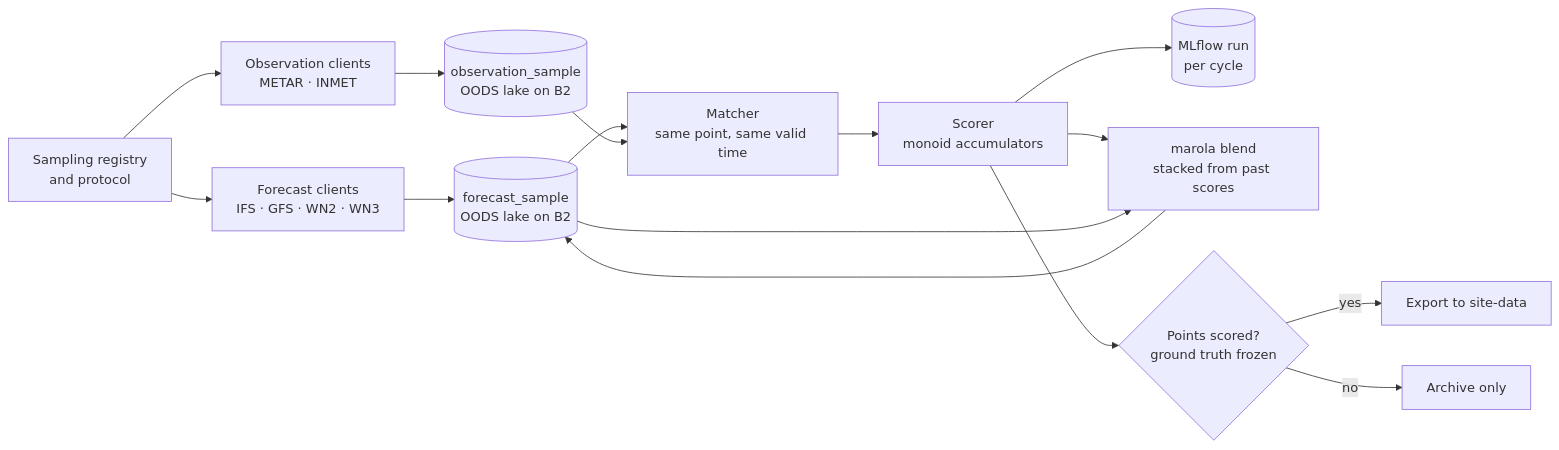
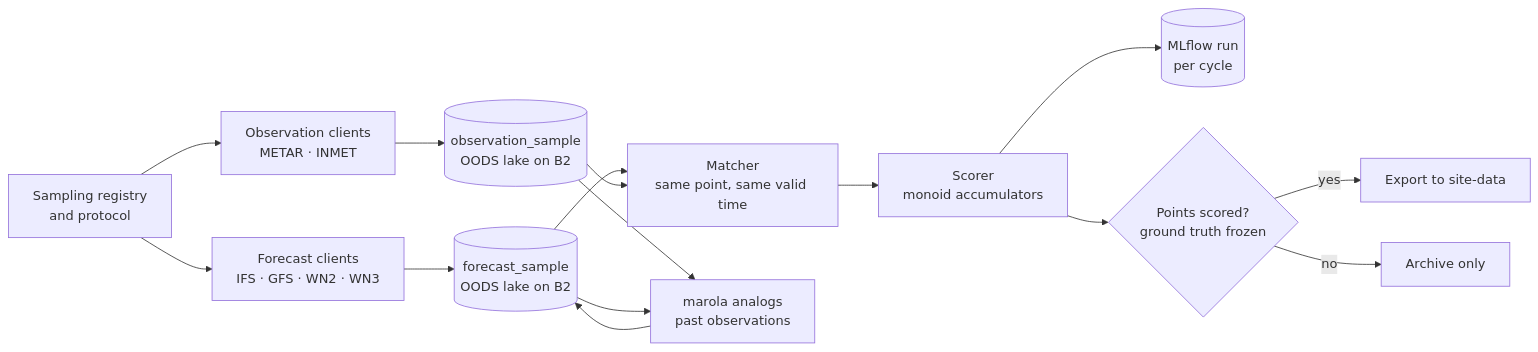
Before and after one commit to marola-dev/marola: the first of 2 diagrams in docs/MIPs/MIP-0083-forecast-benchmark-job.md, drawn with Mermaid. The commit also changed other lines of this file and 2 other files, not shown here.

First line of the commit message:
docs(mip-0083): marola's own forecast as an analog ensemble, not a blend

````diff
--- a/docs/MIPs/MIP-0083-forecast-benchmark-job.md
+++ b/docs/MIPs/MIP-0083-forecast-benchmark-job.md
@@ -185,17 +186,17 @@
 ```mermaid
 flowchart LR
   reg[Sampling registry<br/>and protocol] --> fc[Forecast clients<br/>IFS · GFS · WN2 · WN3]
   reg --> oc[Observation clients<br/>METAR · INMET]
   fc --> fs[(forecast_sample<br/>OODS lake on B2)]
   oc --> os[(observation_sample<br/>OODS lake on B2)]
   fs --> m[Matcher<br/>same point, same valid time]
   os --> m
   m --> sc[Scorer<br/>monoid accumulators]
   sc --> ml[(MLflow run<br/>per cycle)]
-  sc --> bl[marola blend<br/>stacked from past scores]
-  fs --> bl
-  bl --> fs
+  os --> an[marola analogs<br/>past observations]
+  fs --> an
+  an --> fs
   sc --> gate{Points scored?<br/>ground truth frozen}
   gate -- yes --> ex[Export to site-data]
   gate -- no --> hold[Archive only]
 ```
````
